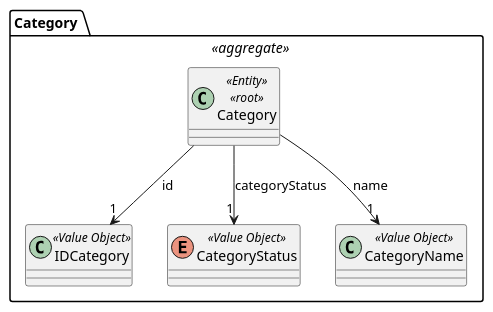
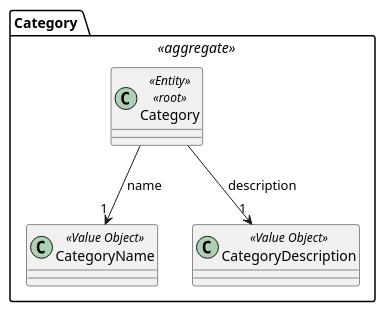
Before and after one commit to diogoveirospro/sem4pi-2024-2025-sem4pi_2024_2025_g44: the diagram in docs/SPRINT_2/US246/puml/domain-model-246.puml, drawn with PlantUML. The commit also changed 3 other files, not shown here.

Commit message:
#62 Corrected the domain model and class diagram of us 245

```diff
--- a/docs/SPRINT_2/US246/puml/domain-model-246.puml
+++ b/docs/SPRINT_2/US246/puml/domain-model-246.puml
@@ -1,22 +1,18 @@
 @startuml
 
 package "Category " <<aggregate>>{
 
     class Category <<Entity>> <<root>>{
     }
 
-    class IDCategory <<Value Object>>{
-    }
-
-    enum CategoryStatus <<Value Object>>{
-    }
-
     class CategoryName <<Value Object>>{
     }
 
+    class CategoryDescription <<Value Object>>{
+    }
+
     'Category -> x
-    Category --> "1" IDCategory: id
-    Category --> "1" CategoryStatus: categoryStatus
     Category --> "1" CategoryName: name
+    Category --> "1" CategoryDescription: description
 
 @enduml
```
